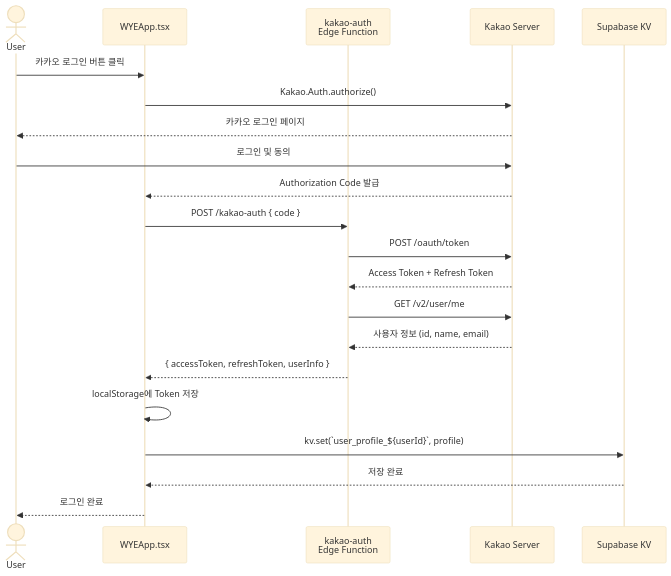
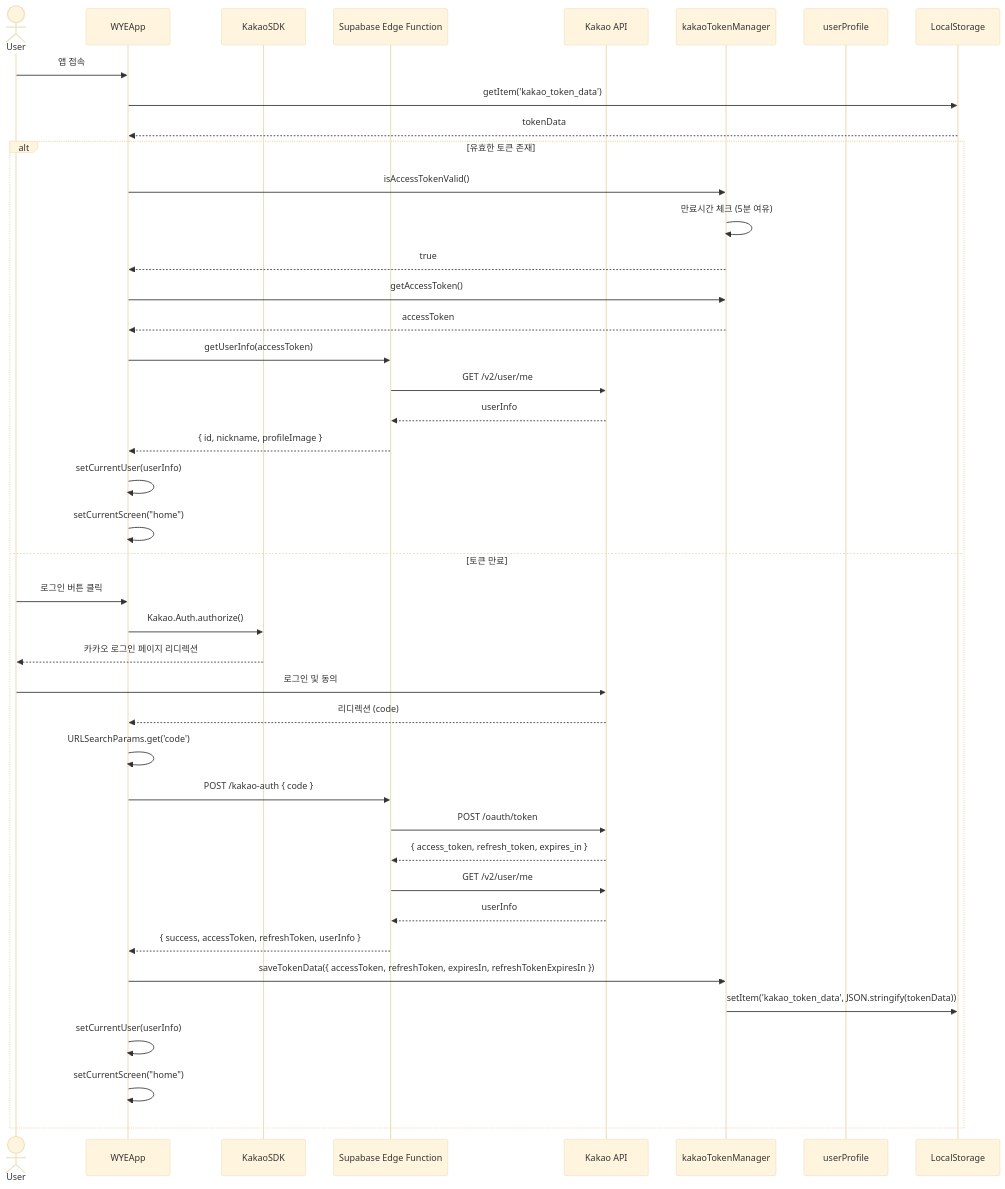
One commit to mongkwon/graduateproj1 changed the first of 8 diagrams in README.md. Above: the diagram before and after it, drawn with Mermaid (base theme). The commit also changed other lines of this file, not shown here.

````diff
--- a/README.md
+++ b/README.md
@@ -5,24 +5,46 @@
 ```mermaid
 sequenceDiagram
     actor User
-    participant WYE as WYEApp.tsx
-    participant EdgeFn as kakao-auth<br/>Edge Function
-    participant Kakao as Kakao Server
-    participant KV as Supabase KV
+    participant WYEApp
+    participant KakaoSDK
+    participant SupabaseEdge as Supabase Edge Function
+    participant KakaoAPI as Kakao API
+    participant TokenManager as kakaoTokenManager
+    participant UserProfile as userProfile
+    participant LocalStorage
 
-    User->>WYE: 카카오 로그인 버튼 클릭
-    WYE->>Kakao: Kakao.Auth.authorize()
-    Kakao-->>User: 카카오 로그인 페이지
-    User->>Kakao: 로그인 및 동의
-    Kakao-->>WYE: Authorization Code 발급
-    WYE->>EdgeFn: POST /kakao-auth { code }
-    EdgeFn->>Kakao: POST /oauth/token
-    Kakao-->>EdgeFn: Access Token + Refresh Token
-    EdgeFn->>Kakao: GET /v2/user/me
-    Kakao-->>EdgeFn: 사용자 정보 (id, name, email)
-    EdgeFn-->>WYE: { accessToken, refreshToken, userInfo }
-    WYE->>WYE: localStorage에 Token 저장
-    WYE->>KV: kv.set(`user_profile_${userId}`, profile)
-    KV-->>WYE: 저장 완료
-    WYE-->>User: 로그인 완료
+    User->>WYEApp: 앱 접속
+    WYEApp->>LocalStorage: getItem('kakao_token_data')
+    LocalStorage-->>WYEApp: tokenData
+    
+    alt 유효한 토큰 존재
+        WYEApp->>TokenManager: isAccessTokenValid()
+        TokenManager->>TokenManager: 만료시간 체크 (5분 여유)
+        TokenManager-->>WYEApp: true
+        WYEApp->>TokenManager: getAccessToken()
+        TokenManager-->>WYEApp: accessToken
+        WYEApp->>SupabaseEdge: getUserInfo(accessToken)
+        SupabaseEdge->>KakaoAPI: GET /v2/user/me
+        KakaoAPI-->>SupabaseEdge: userInfo
+        SupabaseEdge-->>WYEApp: { id, nickname, profileImage }
+        WYEApp->>WYEApp: setCurrentUser(userInfo)
+        WYEApp->>WYEApp: setCurrentScreen("home")
+    else 토큰 만료
+        User->>WYEApp: 로그인 버튼 클릭
+        WYEApp->>KakaoSDK: Kakao.Auth.authorize()
+        KakaoSDK-->>User: 카카오 로그인 페이지 리디렉션
+        User->>KakaoAPI: 로그인 및 동의
+        KakaoAPI-->>WYEApp: 리디렉션 (code)
+        WYEApp->>WYEApp: URLSearchParams.get('code')
+        WYEApp->>SupabaseEdge: POST /kakao-auth { code }
+        SupabaseEdge->>KakaoAPI: POST /oauth/token
+        KakaoAPI-->>SupabaseEdge: { access_token, refresh_token, expires_in }
+        SupabaseEdge->>KakaoAPI: GET /v2/user/me
+        KakaoAPI-->>SupabaseEdge: userInfo
+        SupabaseEdge-->>WYEApp: { success, accessToken, refreshToken, userInfo }
+        WYEApp->>TokenManager: saveTokenData({ accessToken, refreshToken, expiresIn, refreshTokenExpiresIn })
+        TokenManager->>LocalStorage: setItem('kakao_token_data', JSON.stringify(tokenData))
+        WYEApp->>WYEApp: setCurrentUser(userInfo)
+        WYEApp->>WYEApp: setCurrentScreen("home")
+    end
 ```
````
